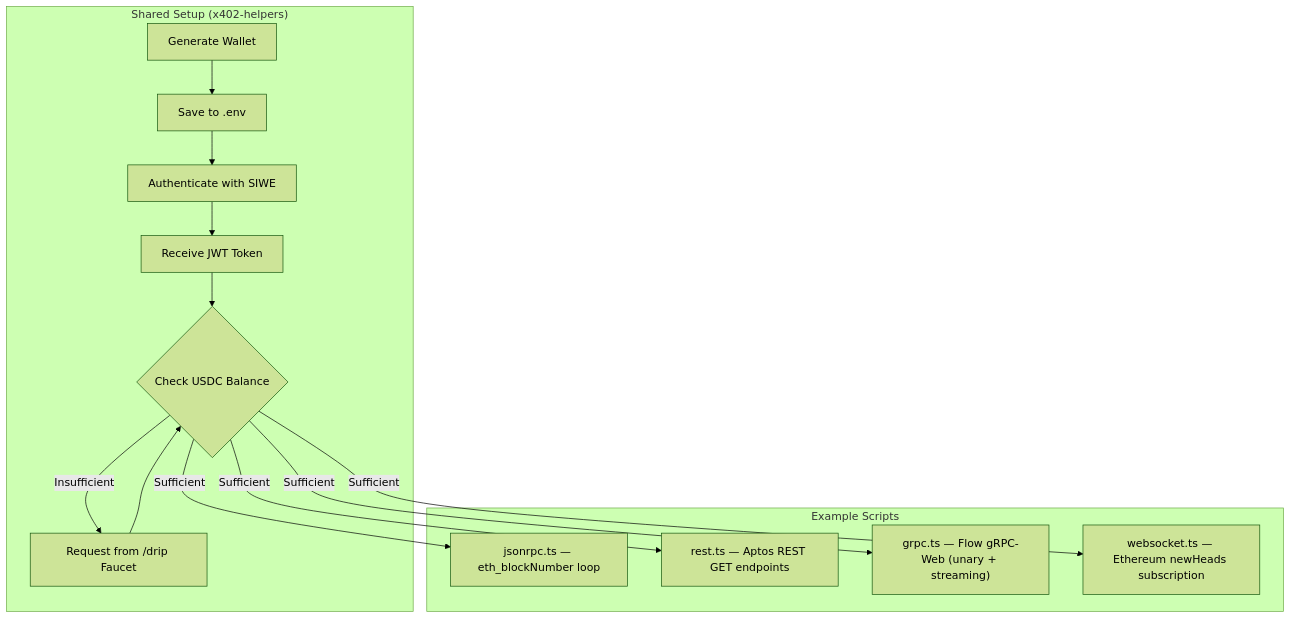
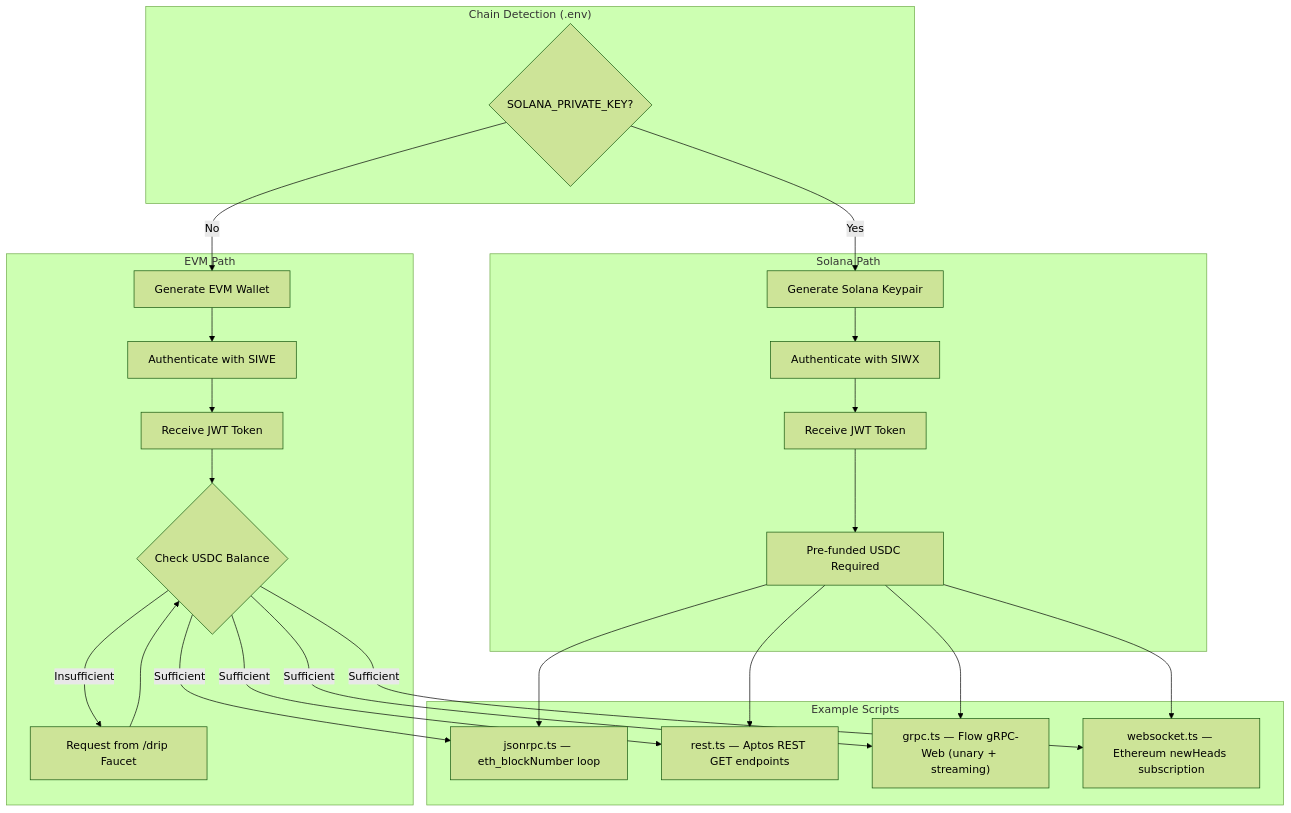
Before and after one commit to quiknode-labs/qn-x402-examples: the diagram in README.md, drawn with Mermaid (forest theme). The commit also changed other lines of this file and 8 other files, not shown here.

First line of the commit message:
Implement Solana support in x402 bootstrap process, including wallet … (#2)

````diff
--- a/README.md
+++ b/README.md
@@ -9,18 +9,34 @@
 ```mermaid
 flowchart TB
-    subgraph Setup["Shared Setup (x402-helpers)"]
-        A[Generate Wallet] --> B[Save to .env]
-        B --> C[Authenticate with SIWE]
-        C --> D[Receive JWT Token]
-        D --> E{Check USDC Balance}
-        E -->|Insufficient| F[Request from /drip Faucet]
-        F --> E
+    subgraph Detection["Chain Detection (.env)"]
+        D{SOLANA_PRIVATE_KEY?}
     end
 
+    subgraph EVM["EVM Path"]
+        EA[Generate EVM Wallet] --> EB[Authenticate with SIWE]
+        EB --> EC[Receive JWT Token]
+        EC --> ED{Check USDC Balance}
+        ED -->|Insufficient| EE[Request from /drip Faucet]
+        EE --> ED
+    end
+
+    subgraph Solana["Solana Path"]
+        SA[Generate Solana Keypair] --> SB[Authenticate with SIWX]
+        SB --> SC[Receive JWT Token]
+        SC --> SD[Pre-funded USDC Required]
+    end
+
+    D -->|Yes| SA
+    D -->|No| EA
+
     subgraph Scripts["Example Scripts"]
-        E -->|Sufficient| G["jsonrpc.ts — eth_blockNumber loop"]
-        E -->|Sufficient| H["rest.ts — Aptos REST GET endpoints"]
-        E -->|Sufficient| I["grpc.ts — Flow gRPC-Web (unary + streaming)"]
-        E -->|Sufficient| J["websocket.ts — Ethereum newHeads subscription"]
+        ED -->|Sufficient| G["jsonrpc.ts — eth_blockNumber loop"]
+        ED -->|Sufficient| H["rest.ts — Aptos REST GET endpoints"]
+        ED -->|Sufficient| I["grpc.ts — Flow gRPC-Web (unary + streaming)"]
+        ED -->|Sufficient| J["websocket.ts — Ethereum newHeads subscription"]
+        SD --> G
+        SD --> H
+        SD --> I
+        SD --> J
     end
 ```
````
